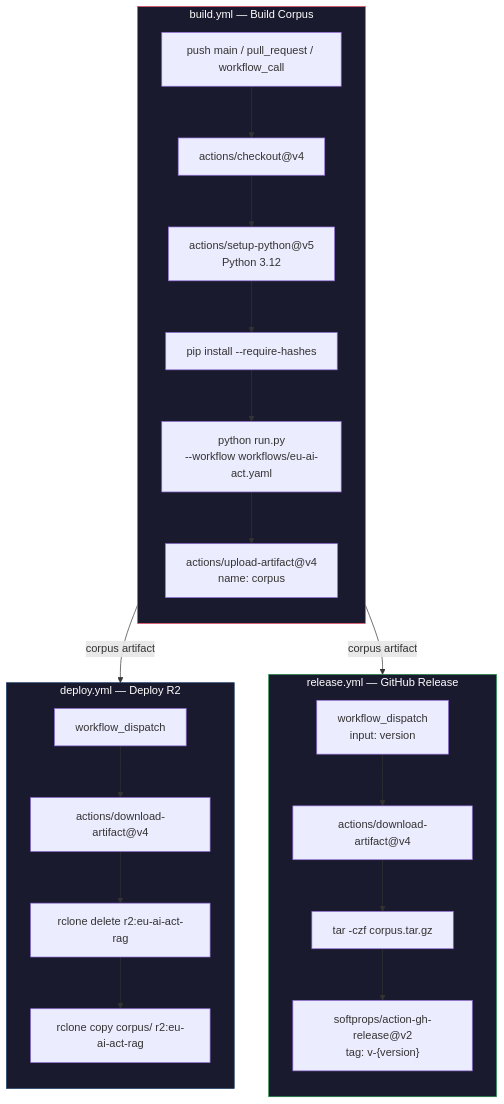
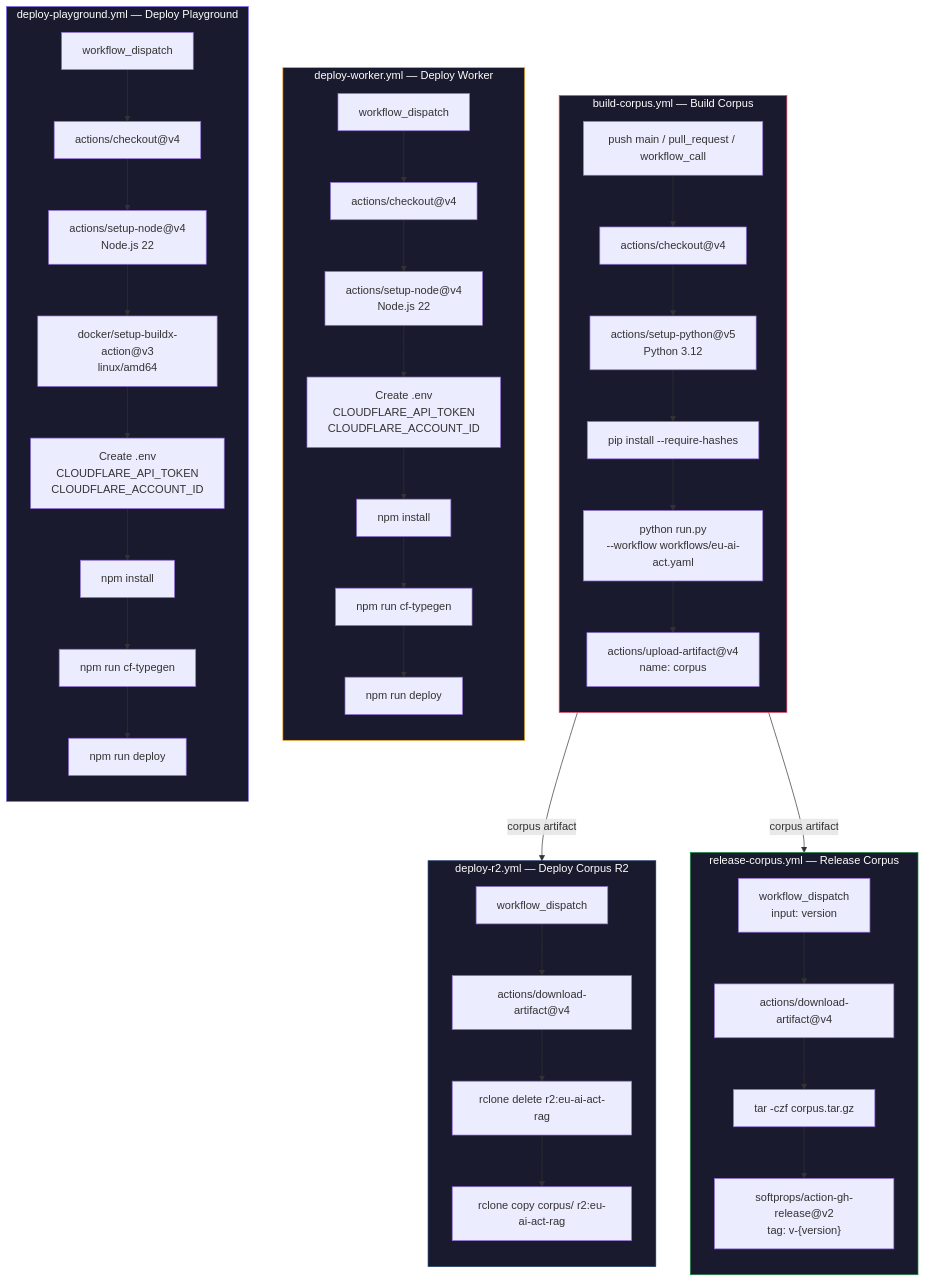
The second of 2 diagrams in README.md (ARAS-Workspace/eu-ai-act-rag), drawn with Mermaid before and after one commit. The commit also changed other lines of this file and 50 other files, not shown here.

First line of the commit message:
Add worker, playground and CI/CD workflows

````diff
--- a/README.md
+++ b/README.md
@@ -134,41 +170,70 @@
 ```mermaid
 flowchart TD
-    subgraph BUILD ["build.yml — Build Corpus"]
+    subgraph BUILD ["build-corpus.yml — Build Corpus"]
         direction TB
         B_TRIGGER["push main / pull_request / workflow_call"]
         B_CHECKOUT["actions/checkout@v4"]
         B_PYTHON["actions/setup-python@v5<br/>Python 3.12"]
         B_DEPS["pip install --require-hashes"]
         B_RUN["python run.py<br/>--workflow workflows/eu-ai-act.yaml"]
         B_ARTIFACT["actions/upload-artifact@v4<br/>name: corpus"]
 
         B_TRIGGER --> B_CHECKOUT --> B_PYTHON --> B_DEPS --> B_RUN --> B_ARTIFACT
     end
 
-    subgraph DEPLOY ["deploy.yml — Deploy R2"]
+    subgraph DEPLOY_R2 ["deploy-r2.yml — Deploy Corpus R2"]
         direction TB
         D_TRIGGER["workflow_dispatch"]
         D_DOWNLOAD["actions/download-artifact@v4"]
         D_CLEAR["rclone delete r2:eu-ai-act-rag"]
         D_UPLOAD["rclone copy corpus/ r2:eu-ai-act-rag"]
 
         D_TRIGGER --> D_DOWNLOAD --> D_CLEAR --> D_UPLOAD
     end
 
-    subgraph RELEASE ["release.yml — GitHub Release"]
+    subgraph RELEASE ["release-corpus.yml — Release Corpus"]
         direction TB
         R_TRIGGER["workflow_dispatch<br/>input: version"]
         R_DOWNLOAD["actions/download-artifact@v4"]
         R_TAR["tar -czf corpus.tar.gz"]
         R_GH["softprops/action-gh-release@v2<br/>tag: v-{version}"]
 
         R_TRIGGER --> R_DOWNLOAD --> R_TAR --> R_GH
     end
 
-    BUILD -->|"corpus artifact"| DEPLOY
+    subgraph DEPLOY_WORKER ["deploy-worker.yml — Deploy Worker"]
+        direction TB
+        W_TRIGGER["workflow_dispatch"]
+        W_CHECKOUT["actions/checkout@v4"]
+        W_NODE["actions/setup-node@v4<br/>Node.js 22"]
+        W_ENV["Create .env<br/>CLOUDFLARE_API_TOKEN<br/>CLOUDFLARE_ACCOUNT_ID"]
+        W_INSTALL["npm install"]
+        W_TYPEGEN["npm run cf-typegen"]
+        W_DEPLOY["npm run deploy"]
+
+        W_TRIGGER --> W_CHECKOUT --> W_NODE --> W_ENV --> W_INSTALL --> W_TYPEGEN --> W_DEPLOY
+    end
+
+    subgraph DEPLOY_PLAYGROUND ["deploy-playground.yml — Deploy Playground"]
+        direction TB
+        P_TRIGGER["workflow_dispatch"]
+        P_CHECKOUT["actions/checkout@v4"]
+        P_NODE["actions/setup-node@v4<br/>Node.js 22"]
+        P_DOCKER["docker/setup-buildx-action@v3<br/>linux/amd64"]
+        P_ENV["Create .env<br/>CLOUDFLARE_API_TOKEN<br/>CLOUDFLARE_ACCOUNT_ID"]
+        P_INSTALL["npm install"]
+        P_TYPEGEN["npm run cf-typegen"]
+        P_DEPLOY["npm run deploy"]
+
+        P_TRIGGER --> P_CHECKOUT --> P_NODE --> P_DOCKER --> P_ENV --> P_INSTALL --> P_TYPEGEN --> P_DEPLOY
+    end
+
+    BUILD -->|"corpus artifact"| DEPLOY_R2
     BUILD -->|"corpus artifact"| RELEASE
 
     style BUILD fill:#1a1a2e,stroke:#e94560,color:#fff
-    style DEPLOY fill:#1a1a2e,stroke:#0f3460,color:#fff
+    style DEPLOY_R2 fill:#1a1a2e,stroke:#0f3460,color:#fff
     style RELEASE fill:#1a1a2e,stroke:#1a8a42,color:#fff
+    style DEPLOY_WORKER fill:#1a1a2e,stroke:#f5a623,color:#fff
+    style DEPLOY_PLAYGROUND fill:#1a1a2e,stroke:#7b68ee,color:#fff
 ```
````
